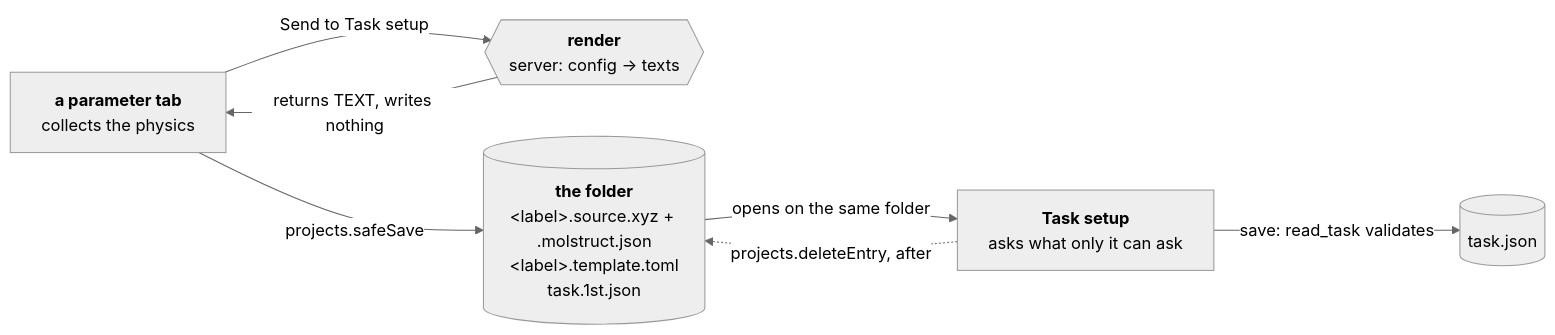
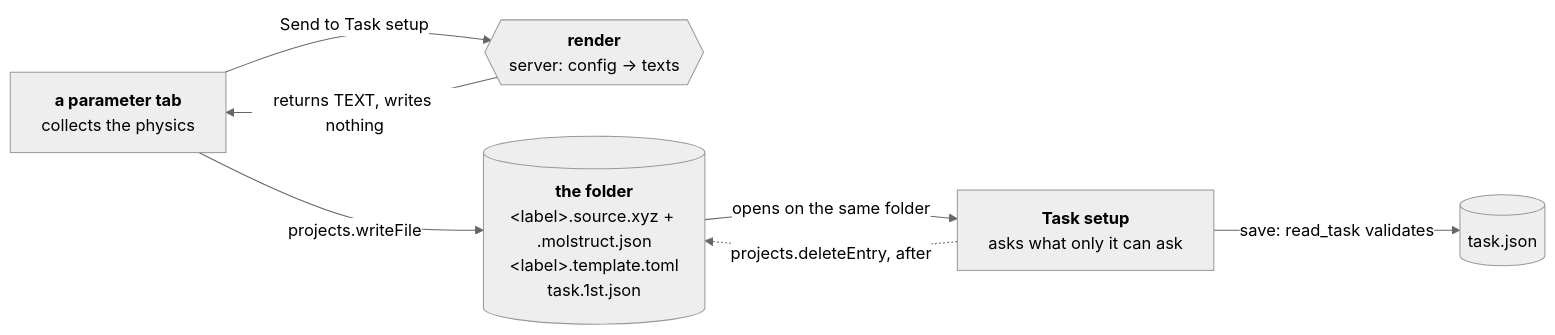
The diagram in docs/web/handover-procedure.md (Qing-LAB/molbuilder), drawn with Mermaid (neutral theme) before and after one commit. The commit also changed other lines of this file and 282 other files, not shown here.

````diff
--- a/docs/web/handover-procedure.md
+++ b/docs/web/handover-procedure.md
@@ -43,14 +43,14 @@
 ```mermaid
 flowchart LR
   P["<b>a parameter tab</b><br/>collects the physics"]
   R{{"<b>render</b><br/>server: config → texts"}}
   W[("<b>the folder</b><br/>&lt;label&gt;.source.xyz + .molstruct.json<br/>&lt;label&gt;.template.toml<br/>task.1st.json")]
   T["<b>Task setup</b><br/>asks what only it can ask"]
   D[("task.json")]
   P -->|"Send to Task setup"| R
   R -->|"returns TEXT, writes nothing"| P
-  P -->|"projects.safeSave"| W
+  P -->|"projects.writeFile"| W
   W -->|"opens on the same folder"| T
   T -->|"save: read_task validates"| D
   T -.->|"projects.deleteEntry, after"| W
 ```
````
